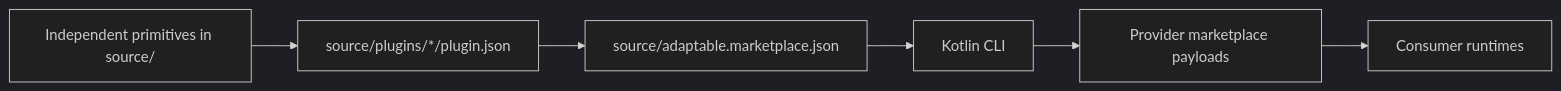
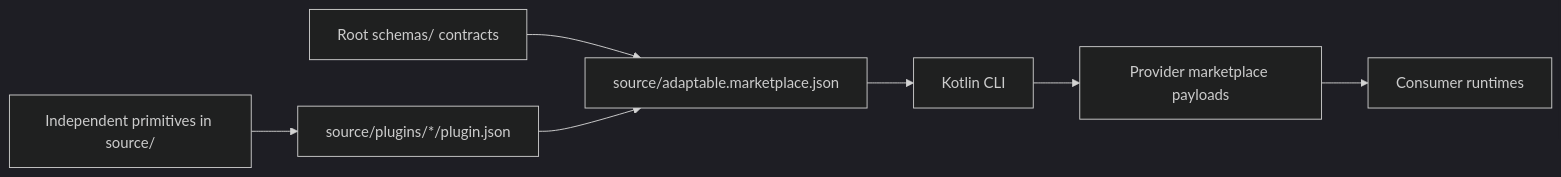
Before and after one commit to amichne/intelligence: the diagram in docs/index.md, drawn with Mermaid (dark theme). The commit also changed other lines of this file and 41 other files, not shown here.

````diff
--- a/docs/index.md
+++ b/docs/index.md
@@ -8,11 +8,13 @@
 ```mermaid
 flowchart LR
   primitive[Independent primitives in source/]
   plugin[source/plugins/*/plugin.json]
+  schemas[Root schemas/ contracts]
   marketplace[source/adaptable.marketplace.json]
   cli[Kotlin CLI]
   output[Provider marketplace payloads]
   runtime[Consumer runtimes]
 
+  schemas --> marketplace
   primitive --> plugin --> marketplace --> cli --> output --> runtime
 ```
````
